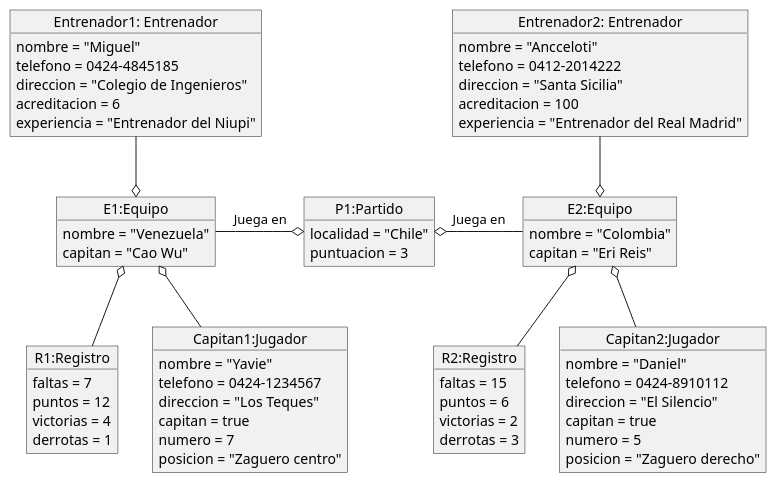
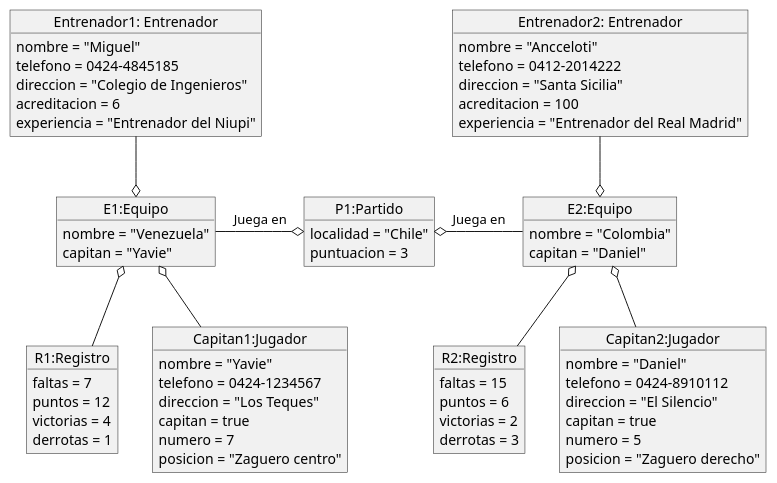
One commit to JhonatanHZ/IS-022023 changed the diagram in docs/diagrams/reto04DiagramaDeObjetos.plantuml. Above: the diagram before and after it, drawn with PlantUML.

Commit message:
Diagrama de clases y objetos

```diff
--- a/docs/diagrams/reto04DiagramaDeObjetos.plantuml
+++ b/docs/diagrams/reto04DiagramaDeObjetos.plantuml
@@ -1,76 +1,76 @@
 @startuml DiagramaDeObjetos
 
 object "P1:Partido" as P1{
     localidad = "Chile"
     puntuacion = 3
 }
 
 object "E1:Equipo" as E1{
     nombre = "Venezuela"
-    capitan = "Cao Wu"
+    capitan = "Yavie"
 }
 
 object "E2:Equipo" as E2{
     nombre = "Colombia"
-    capitan = "Eri Reis"
+    capitan = "Daniel"
 }
 
 object "R1:Registro" as R1{
     faltas = 7
     puntos = 12
     victorias = 4
     derrotas = 1
 }
 
 object "R2:Registro" as R2{
     faltas = 15
     puntos = 6
     victorias = 2
     derrotas = 3
 }
 
 object "Capitan1:Jugador" as C1{
     nombre = "Yavie"
     telefono = 0424-1234567
     direccion = "Los Teques"
     capitan = true
     numero = 7
     posicion = "Zaguero centro"
 }
 
 object "Capitan2:Jugador" as C2{
     nombre = "Daniel"
     telefono = 0424-8910112
     direccion = "El Silencio"
     capitan = true
     numero = 5
     posicion = "Zaguero derecho"
 }
 
 object "Entrenador1: Entrenador" as DT1{
     nombre = "Miguel"
     telefono = 0424-4845185
     direccion = "Colegio de Ingenieros"
     acreditacion = 6
     experiencia = "Entrenador del Niupi"
 }
 
 object "Entrenador2: Entrenador" as DT2{
     nombre = "Ancceloti"
     telefono = 0412-2014222
     direccion = "Santa Sicilia"
     acreditacion = 100
     experiencia = "Entrenador del Real Madrid"
 }
 
 E1  -r-o P1: Juega en
 E2  -l-o P1: Juega en
 R1  -u-o E1
 R2  -u-o E2
 C1  -u-o E1
 C2  -u-o E2
 DT1 -d-o E1
 DT2 -d-o E2
 
 
 @enduml
```
